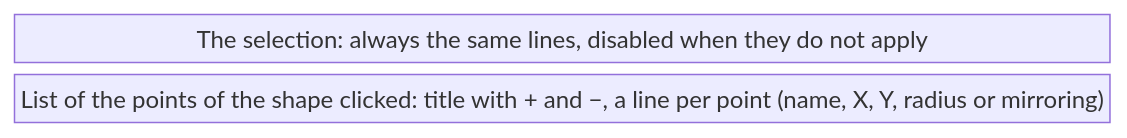
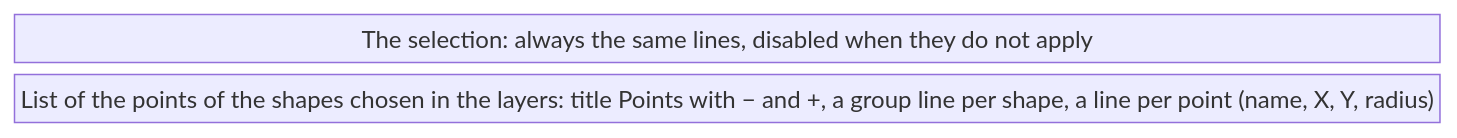
Before and after one commit to AlexandreGallais/synoptic-studio-spec: the first of 2 diagrams in symbols/05-point-editing-mode/README.md, drawn with Mermaid. The commit also changed other lines of this file and 8 other files, not shown here.

First line of the commit message:
docs(symbols): choose shapes in the layers for points, normal selection for alignment

````diff
--- a/symbols/05-point-editing-mode/README.md
+++ b/symbols/05-point-editing-mode/README.md
@@ -65,6 +73,6 @@
 ```mermaid
 block-beta
     columns 1
     sel["The selection: always the same lines, disabled when they do not apply"]
-    list["List of the points of the shape clicked: title with + and −, a line per point (name, X, Y, radius or mirroring)"]
+    list["List of the points of the shapes chosen in the layers: title Points with − and +, a group line per shape, a line per point (name, X, Y, radius)"]
 ```
````
